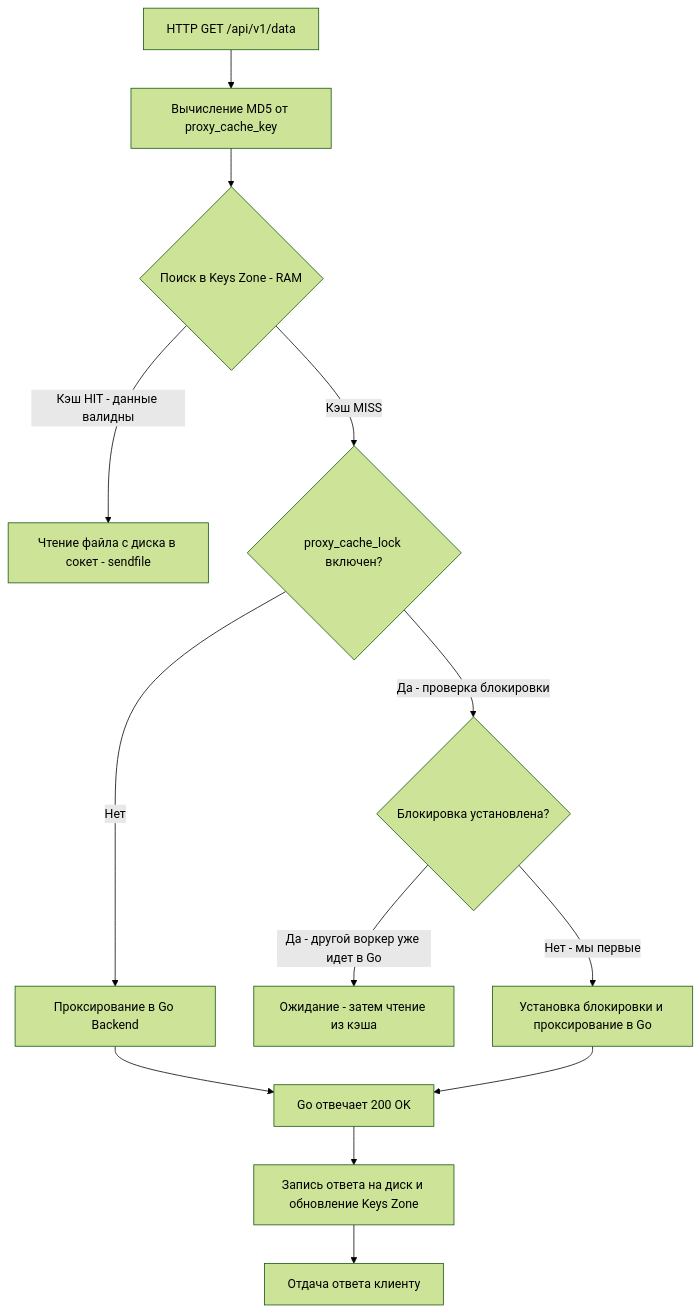
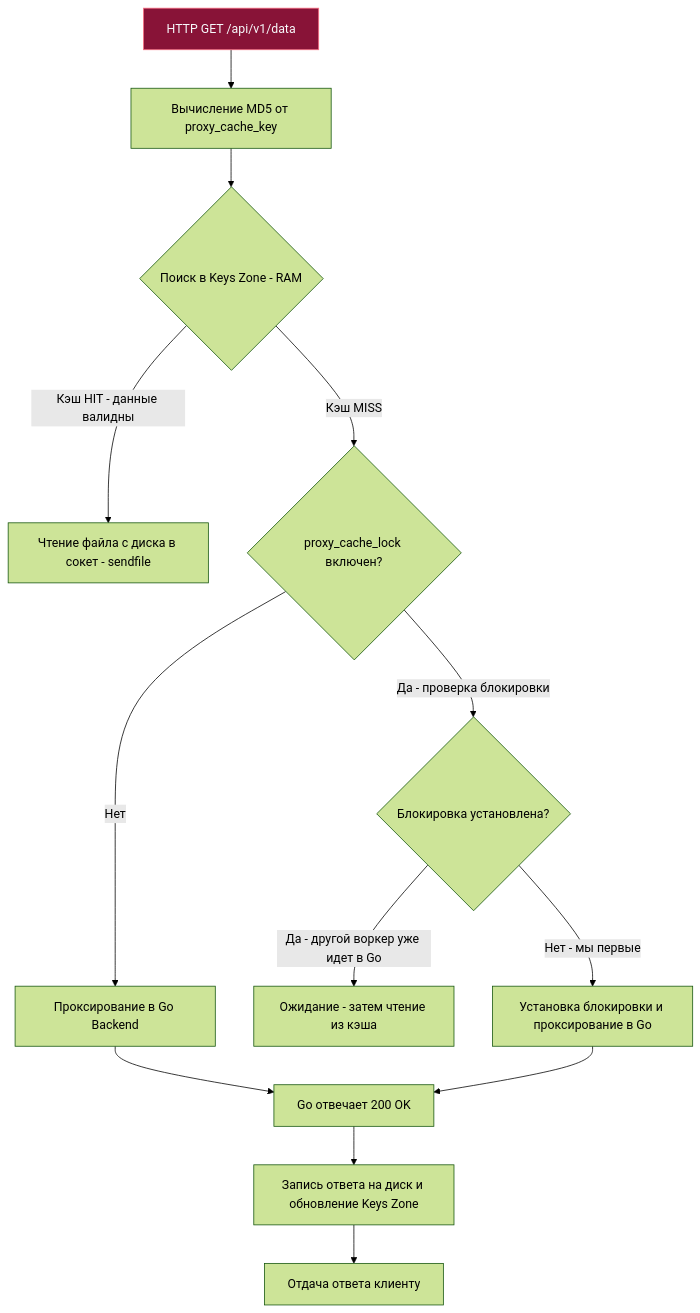
Before and after one commit to UnrealTemplier/go-textbook: the diagram in sources/19. Инфраструктура. Linux, nginx, Docker, Kubernetes/02. nginx/5. Кэширование в nginx.md, drawn with Mermaid (forest theme). The commit also changed 1666 other files, not shown here.

First line of the commit message:
feat(mermaid): add semantic color classDef to 1369 colorless flowchart/graph diagrams

````diff
--- a/sources/19. Инфраструктура. Linux, nginx, Docker, Kubernetes/02. nginx/5. Кэширование в nginx.md
+++ b/sources/19. Инфраструктура. Linux, nginx, Docker, Kubernetes/02. nginx/5. Кэширование в nginx.md
@@ -64,15 +64,25 @@
 ```mermaid
 flowchart TD
-    A["HTTP GET /api/v1/data"] --> B["Вычисление MD5 от proxy_cache_key"]
+    classDef process  fill:#1e293b,stroke:#38bdf8,stroke-width:1px,color:#f8fafc
+    classDef success  fill:#064e3b,stroke:#34d399,stroke-width:1px,color:#f8fafc
+    classDef error    fill:#7f1d1d,stroke:#f87171,stroke-width:1px,color:#f8fafc
+    classDef warning  fill:#78350f,stroke:#fbbf24,stroke-width:1px,color:#f8fafc
+    classDef entry    fill:#1e3a5f,stroke:#38bdf8,stroke-width:2px,color:#f8fafc
+    classDef aux      fill:#334155,stroke:#64748b,stroke-width:1px,color:#f8fafc
+    classDef system   fill:#312e81,stroke:#a78bfa,stroke-width:1px,color:#f8fafc
+    classDef data     fill:#132d29,stroke:#2dd4bf,stroke-width:1px,color:#f8fafc
+    classDef network  fill:#881337,stroke:#fb7185,stroke-width:1px,color:#f8fafc
+    classDef accent   fill:#1e1b4b,stroke:#818cf8,stroke-width:1px,color:#f8fafc
+    A["HTTP GET /api/v1/data"]:::network --> B["Вычисление MD5 от proxy_cache_key"]
     B --> C{"Поиск в Keys Zone - RAM"}
     C -->|"Кэш HIT - данные валидны"| D["Чтение файла с диска в сокет - sendfile"]
     C -->|"Кэш MISS"| E{"proxy_cache_lock включен?"}
     E -->|"Нет"| F["Проксирование в Go Backend"]
     E -->|"Да - проверка блокировки"| G{"Блокировка установлена?"}
     G -->|"Да - другой воркер уже идет в Go"| H["Ожидание - затем чтение из кэша"]
     G -->|"Нет - мы первые"| I["Установка блокировки и проксирование в Go"]
     F --> J["Go отвечает 200 OK"]
     I --> J
     J --> K["Запись ответа на диск и обновление Keys Zone"]
     K --> L["Отдача ответа клиенту"]
 ```
````
